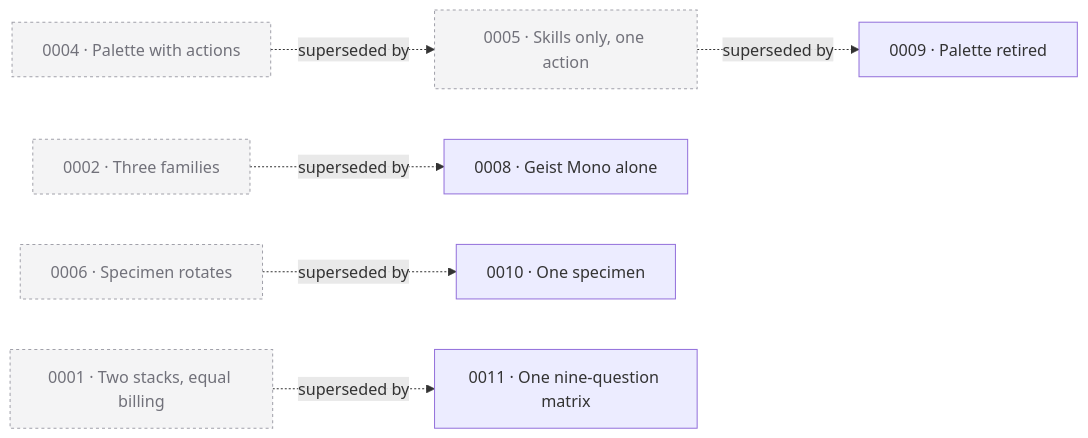
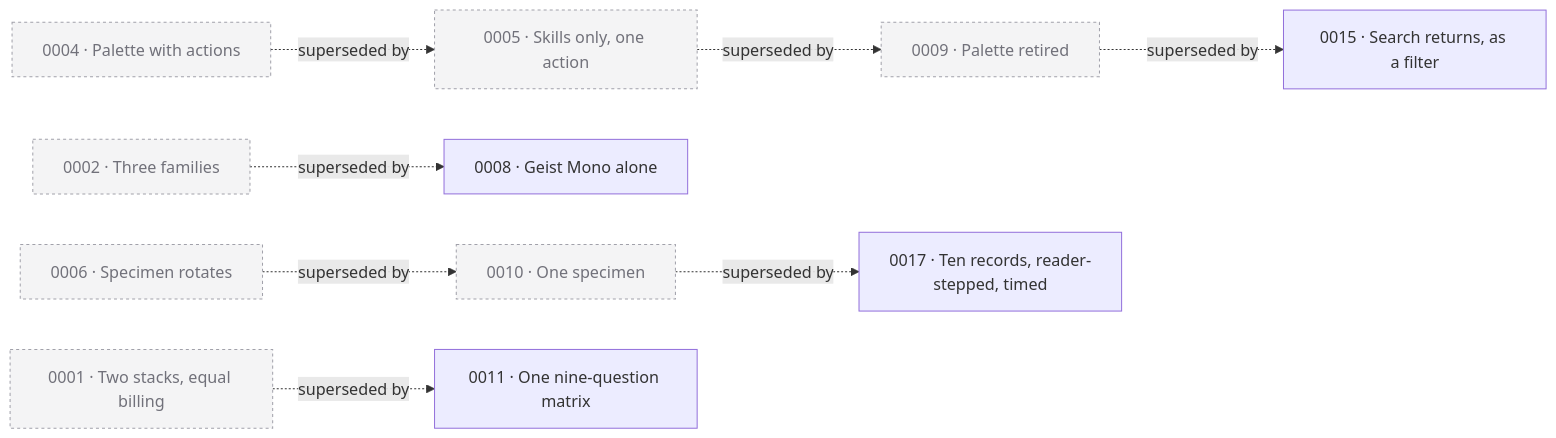
Before and after one commit to vidhunnan/agentic-skills: the diagram in design/decisions/README.md, drawn with Mermaid. The commit also changed other lines of this file and 56 other files, not shown here.

````diff
--- a/design/decisions/README.md
+++ b/design/decisions/README.md
@@ -60,22 +66,26 @@
 ```mermaid
 graph LR
   0004["0004 · Palette with actions"]:::superseded
   0005["0005 · Skills only, one action"]:::superseded
-  0009["0009 · Palette retired"]
+  0009["0009 · Palette retired"]:::superseded
   0004 -.->|superseded by| 0005
   0005 -.->|superseded by| 0009
 
   0002["0002 · Three families"]:::superseded
   0008["0008 · Geist Mono alone"]
   0002 -.->|superseded by| 0008
 
   0006["0006 · Specimen rotates"]:::superseded
-  0010["0010 · One specimen"]
+  0010["0010 · One specimen"]:::superseded
   0006 -.->|superseded by| 0010
 
   0001["0001 · Two stacks, equal billing"]:::superseded
   0011["0011 · One nine-question matrix"]
   0001 -.->|superseded by| 0011
 
+  0009 -.->|superseded by| 0015["0015 · Search returns, as a filter"]
+  0017["0017 · Ten records, reader-stepped, timed"]
+  0010 -.->|superseded by| 0017
+
   classDef superseded fill:#f4f4f5,stroke:#a1a1aa,color:#71717a,stroke-dasharray:3 3;
 ```
````
